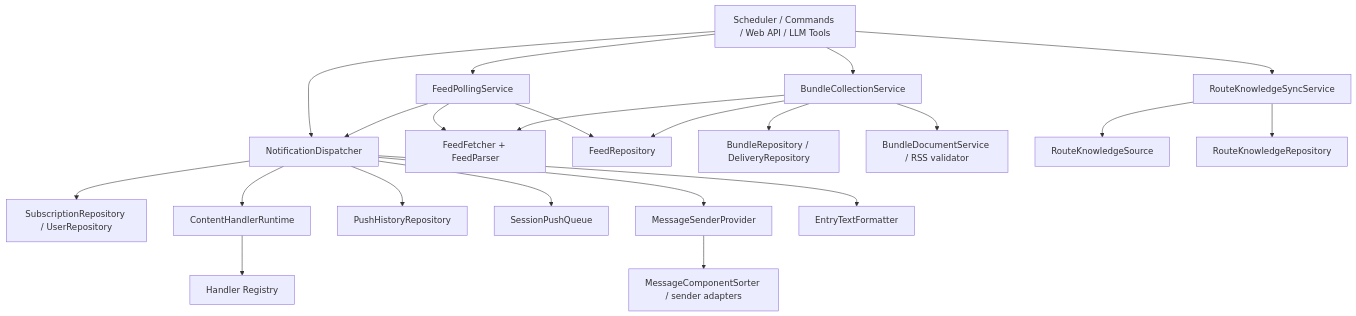
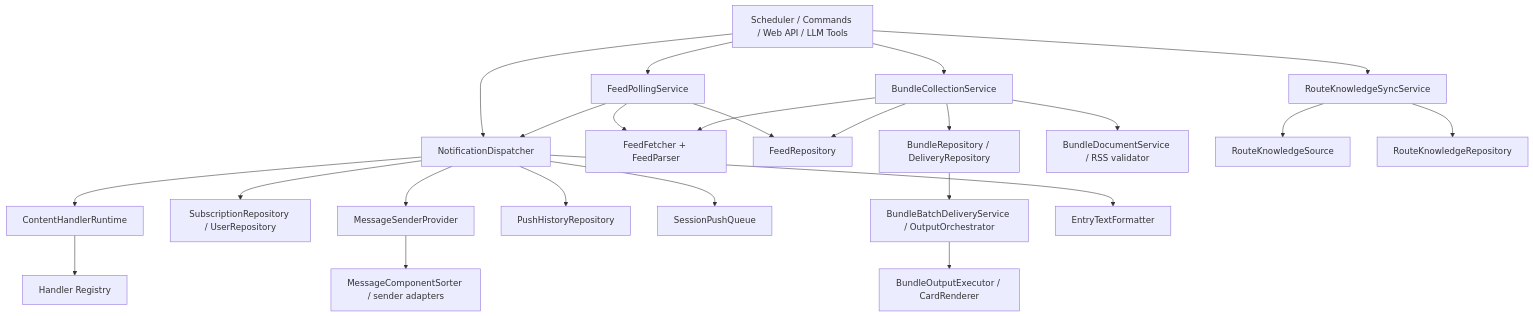
Before and after one commit to FlanChanXwO/astrbot_plugin_rsshub: the diagram in docs/project/architecture.md, drawn with Mermaid. The commit also changed other lines of this file and 15 other files, not shown here.

````diff
--- a/docs/project/architecture.md
+++ b/docs/project/architecture.md
@@ -161,29 +167,31 @@
 ```mermaid
 flowchart TD
   A["Scheduler / Commands / Web API / LLM Tools"] --> B["FeedPollingService"]
   A --> BUNDLE["BundleCollectionService"]
   A --> C["NotificationDispatcher"]
   A --> D["RouteKnowledgeSyncService"]
 
   B --> E["FeedFetcher + FeedParser"]
   B --> F["FeedRepository"]
   B --> C
 
   BUNDLE --> E
   BUNDLE --> F
   BUNDLE --> BDEL["BundleRepository / DeliveryRepository"]
   BUNDLE --> BDOC["BundleDocumentService / RSS validator"]
+  BDEL --> BOUT["BundleBatchDeliveryService / OutputOrchestrator"]
+  BOUT --> BEXEC["BundleOutputExecutor / CardRenderer"]
 
   C --> G["SubscriptionRepository / UserRepository"]
   C --> H["ContentHandlerRuntime"]
   C --> I["PushHistoryRepository"]
   C --> J["SessionPushQueue"]
   C --> K["MessageSenderProvider"]
 
   H --> L["Handler Registry"]
   C --> M["EntryTextFormatter"]
   K --> N["MessageComponentSorter / sender adapters"]
 
   D --> O["RouteKnowledgeSource"]
   D --> P["RouteKnowledgeRepository"]
 ```
````
